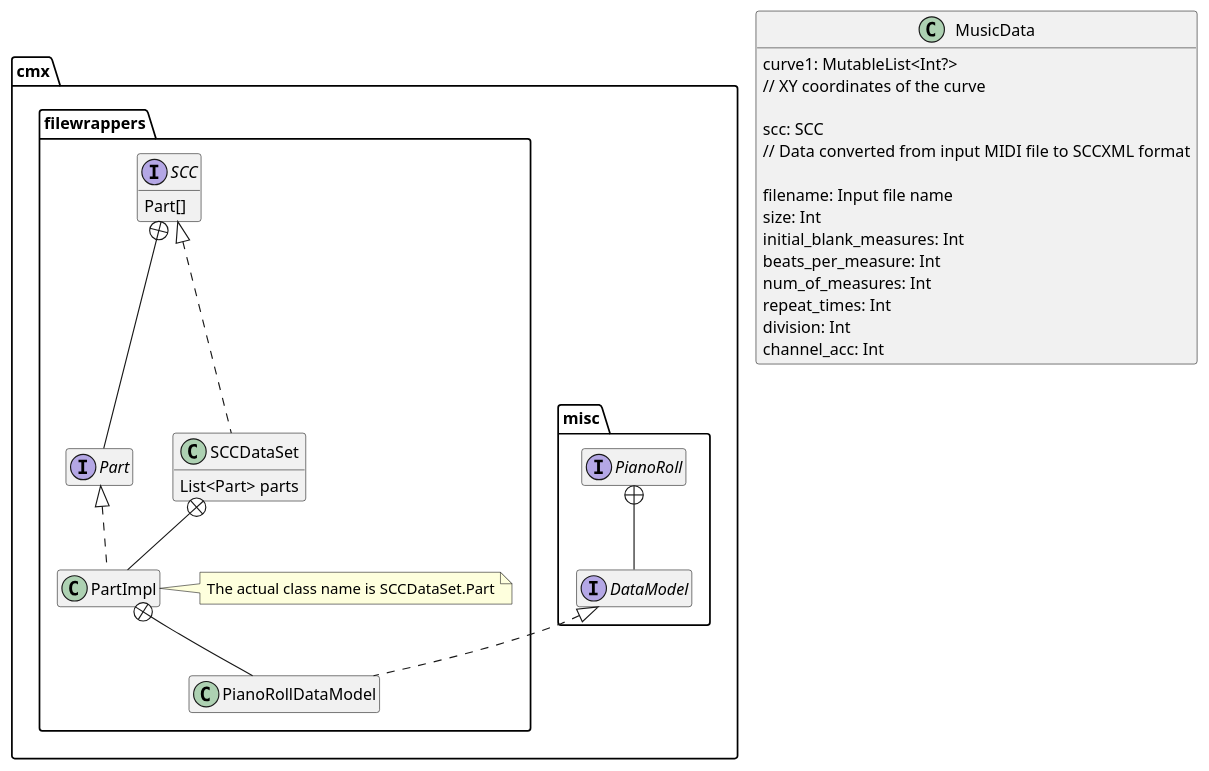
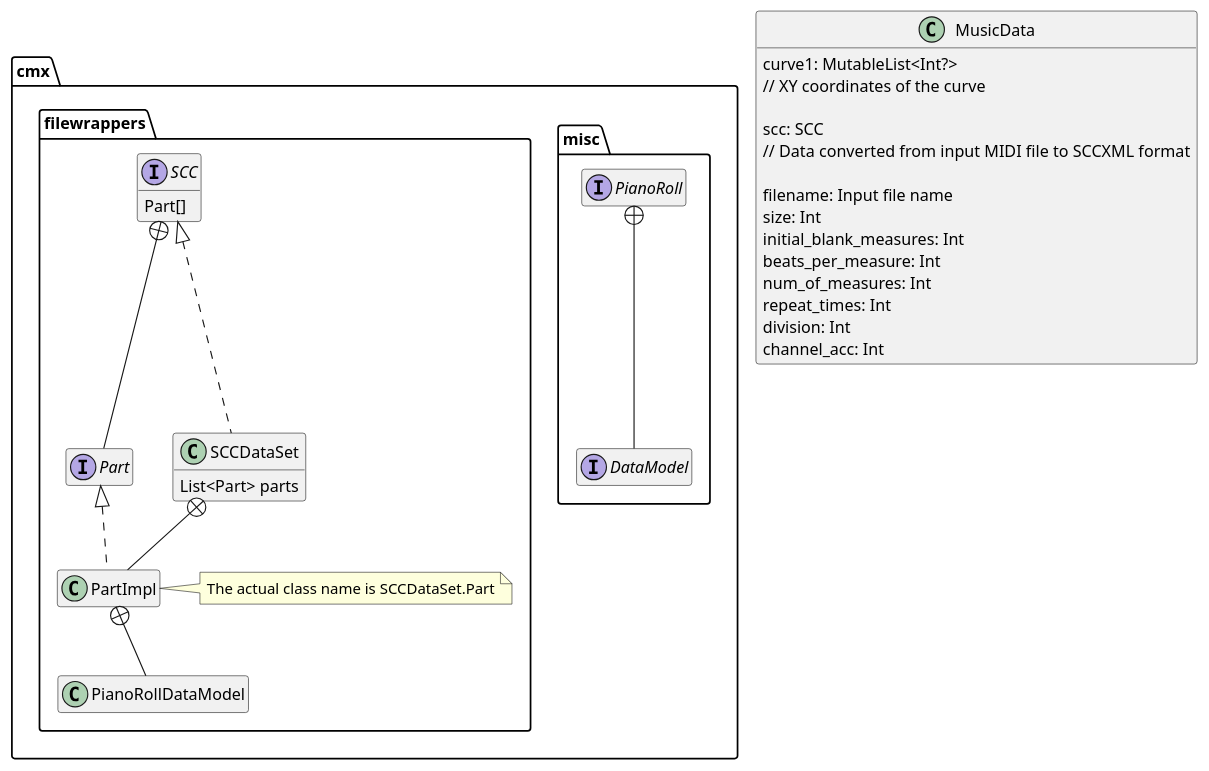
Before and after one commit to fujiij/plantuml: the diagram in diagrams/test3.puml, drawn with PlantUML.

```diff
--- a/diagrams/test3.puml
+++ b/diagrams/test3.puml
@@ -1,47 +1,47 @@
 @startuml
 'https://plantuml.com/class-diagram
 hide empty members
 
 class MusicData {
     curve1: MutableList<Int?>
     // XY coordinates of the curve
 
     scc: SCC
     // Data converted from input MIDI file to SCCXML format
 
     filename: Input file name
     size: Int
     initial_blank_measures: Int
     beats_per_measure: Int
     num_of_measures: Int
     repeat_times: Int
     division: Int
     channel_acc: Int
 }
 
 package "cmx.misc" {
     interface PianoRoll {
     }
     interface DataModel
     PianoRoll +-- DataModel
 }
 package "cmx.filewrappers" {
     interface SCC {
         Part[]
     }
     interface Part
     SCC +-- Part
     class SCCDataSet implements SCC {
         List<Part> parts
     }
     class PartImpl implements Part
     SCCDataSet +-- PartImpl
     note right of PartImpl
         The actual class name is SCCDataSet.Part
     end note
 
-    class PianoRollDataModel implements cmx.misc.DataModel
+    class PianoRollDataModel implements cmx.misc.PianoRoll.DataModel
     PartImpl +-- PianoRollDataModel
 }
 
 @enduml
```
